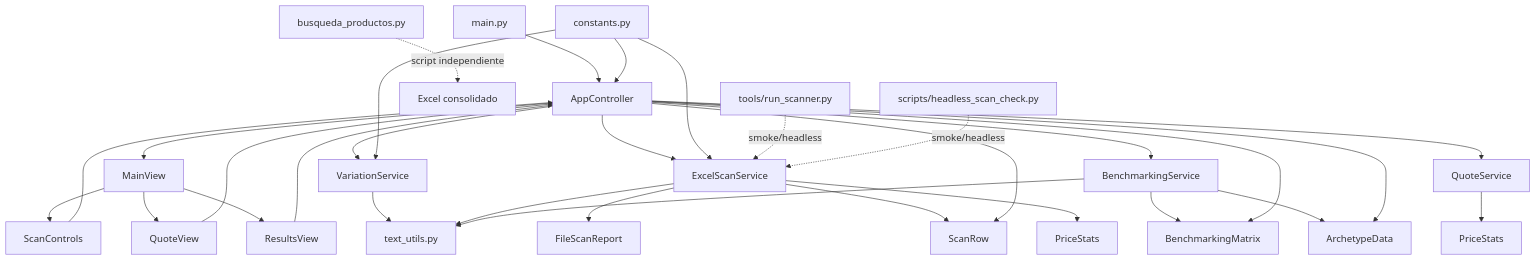
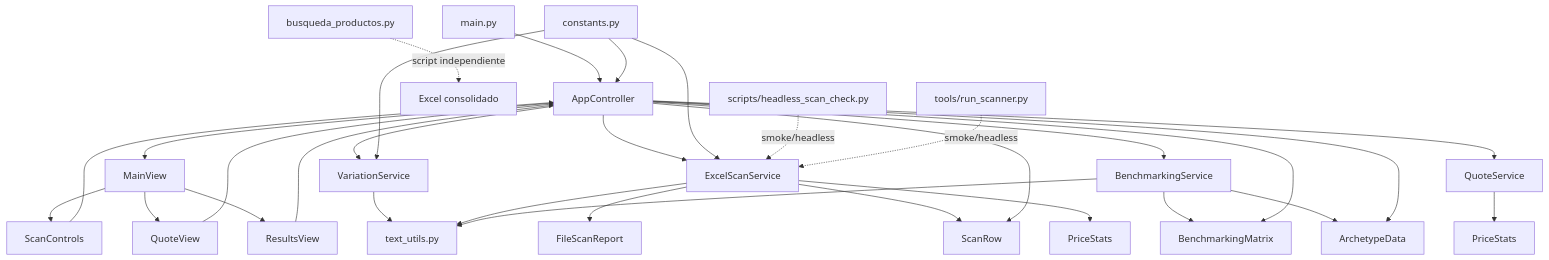
One commit to RuidiasA/sistema-cotizaciones-suite changed the diagram in 01-escaneo-masivo-cotizaciones/ARCHITECTURE.md. Above: the diagram before and after it, drawn with Mermaid. The commit also changed other lines of this file and 5 other files, not shown here.

````diff
--- a/01-escaneo-masivo-cotizaciones/ARCHITECTURE.md
+++ b/01-escaneo-masivo-cotizaciones/ARCHITECTURE.md
@@ -451,39 +255,39 @@
 ```mermaid
 graph TD
     A[main.py] --> B[AppController]
     B --> C[MainView]
     C --> D[ScanControls]
     C --> E[QuoteView]
     C --> F[ResultsView]
 
     B --> G[VariationService]
     B --> H[ExcelScanService]
     B --> I[BenchmarkingService]
     B --> J[QuoteService]
 
     G --> K[text_utils.py]
     H --> K
     I --> K
     J --> L[PriceStats]
 
     H --> M[FileScanReport]
     H --> N[ScanRow]
     H --> O[PriceStats]
     I --> P[BenchmarkingMatrix]
     I --> Q[ArchetypeData]
     B --> P
     B --> Q
     B --> N
 
     D --> B
     E --> B
     F --> B
 
     R[constants.py] --> G
     R --> H
     R --> B
 
     S[busqueda_productos.py] -. script independiente .-> T[Excel consolidado]
-    U[tools/run_scanner.py] -. smoke/headless .-> H
-    V[scripts/headless_scan_check.py] -. smoke/headless .-> H
+    U[scripts/headless_scan_check.py] -. smoke/headless .-> H
+    V[tools/run_scanner.py] -. smoke/headless .-> H
 ```
````
